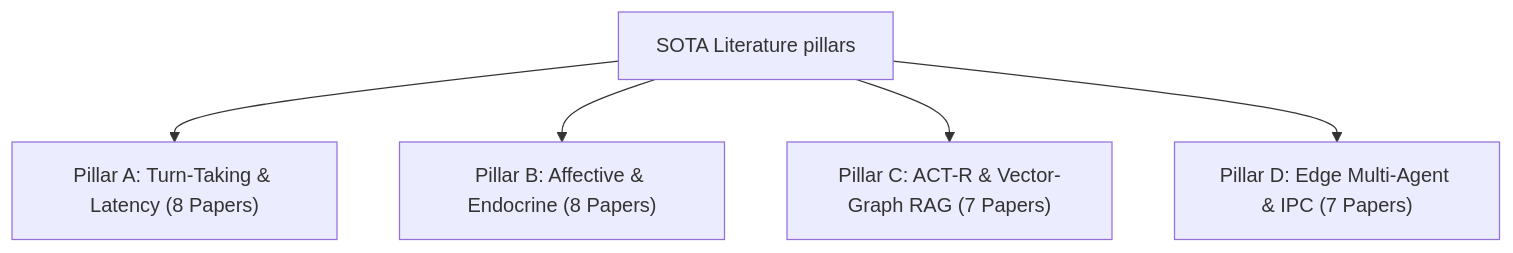
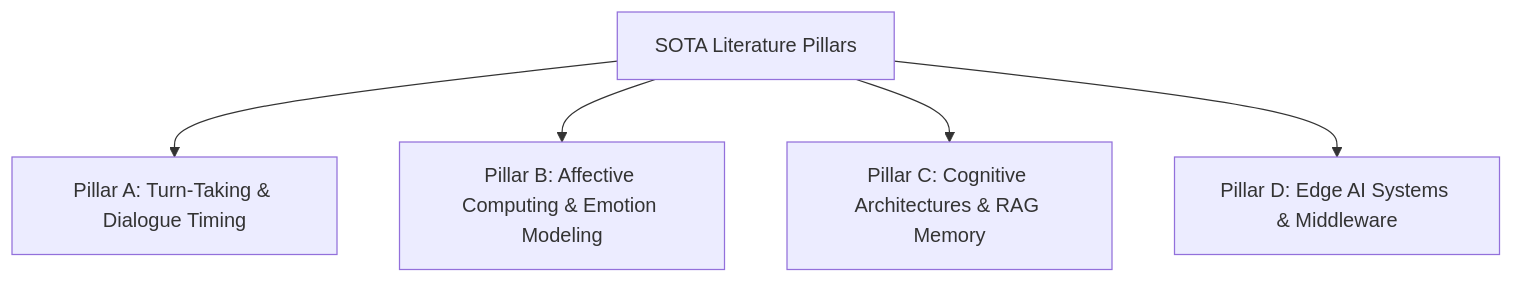
Before and after one commit to Aniket-a14/AI_friend: the diagram in academic_benchmarks/documentation/literature_review.md, drawn with Mermaid. The commit also changed other lines of this file, not shown here.

````diff
--- a/academic_benchmarks/documentation/literature_review.md
+++ b/academic_benchmarks/documentation/literature_review.md
@@ -11,7 +11,7 @@
 ```mermaid
 graph TD
-    A[SOTA Literature pillars] --> B["Pillar A: Turn-Taking & Latency (8 Papers)"]
-    A --> C["Pillar B: Affective & Endocrine (8 Papers)"]
-    A --> D["Pillar C: ACT-R & Vector-Graph RAG (7 Papers)"]
-    A --> E["Pillar D: Edge Multi-Agent & IPC (7 Papers)"]
+    A[SOTA Literature Pillars] --> B["Pillar A: Turn-Taking & Dialogue Timing"]
+    A --> C["Pillar B: Affective Computing & Emotion Modeling"]
+    A --> D["Pillar C: Cognitive Architectures & RAG Memory"]
+    A --> E["Pillar D: Edge AI Systems & Middleware"]
 ```
````
